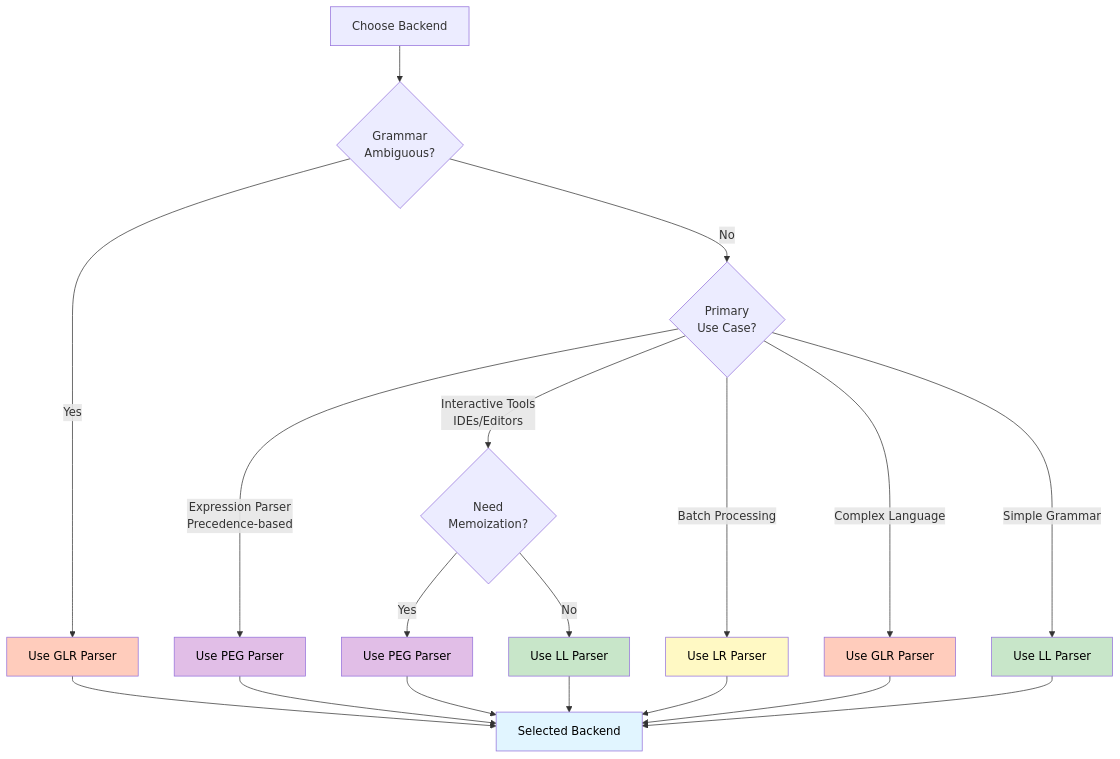
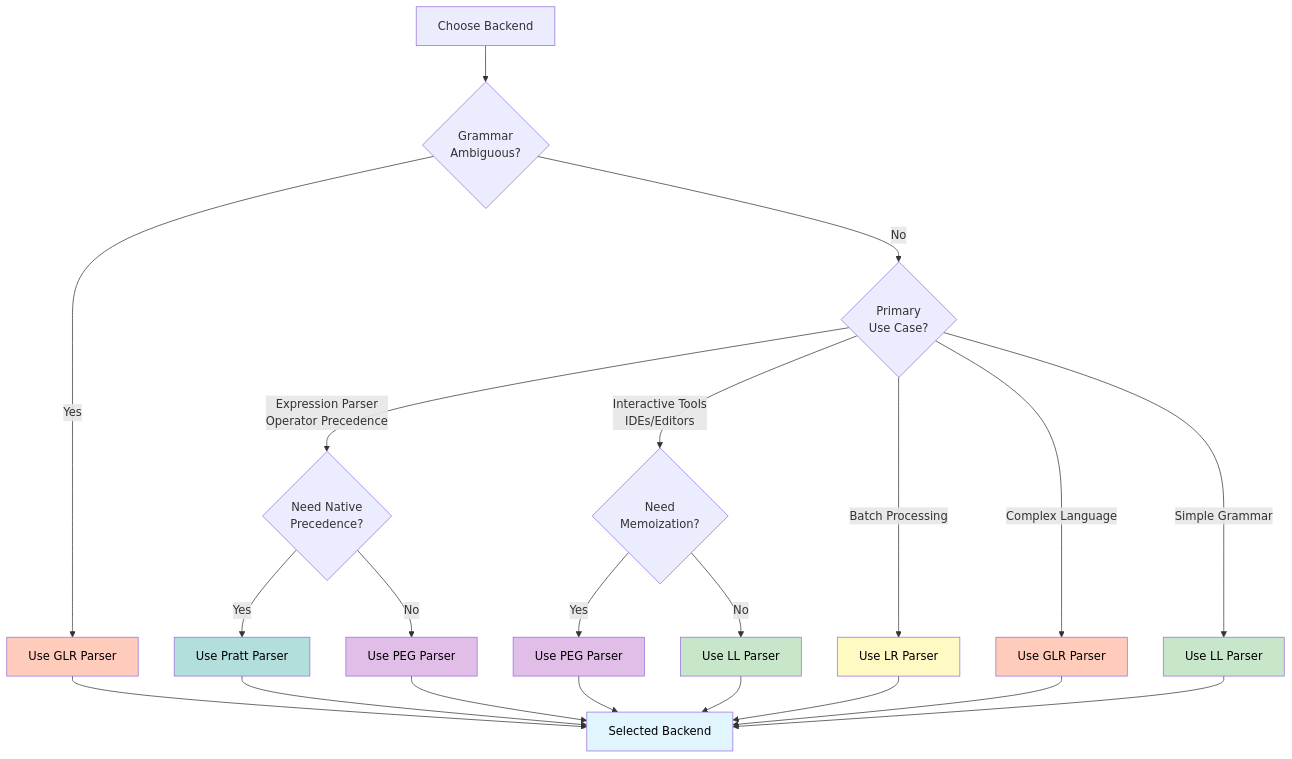
One commit to sipha-parser/sipha changed the diagram in doc/src/backends/choosing.md. Above: the diagram before and after it, drawn with Mermaid. The commit also changed other lines of this file and 76 other files, not shown here.

First line of the commit message:
feat: add grammar transformation architecture with backend-specific grammars and optimization

````diff
--- a/doc/src/backends/choosing.md
+++ b/doc/src/backends/choosing.md
@@ -20,32 +21,37 @@
 ```mermaid
 flowchart TD
     Start[Choose Backend] --> Ambiguous{Grammar<br/>Ambiguous?}
     Ambiguous -->|Yes| GLR[Use GLR Parser]
     Ambiguous -->|No| UseCase{Primary<br/>Use Case?}
     
-    UseCase -->|Expression Parser<br/>Precedence-based| PEG1[Use PEG Parser]
+    UseCase -->|Expression Parser<br/>Operator Precedence| Expression{Need Native<br/>Precedence?}
     UseCase -->|Interactive Tools<br/>IDEs/Editors| Interactive{Need<br/>Memoization?}
     UseCase -->|Batch Processing| LR[Use LR Parser]
     UseCase -->|Complex Language| GLR2[Use GLR Parser]
     UseCase -->|Simple Grammar| LL[Use LL Parser]
+    
+    Expression -->|Yes| Pratt[Use Pratt Parser]
+    Expression -->|No| PEG1[Use PEG Parser]
     
     Interactive -->|Yes| PEG2[Use PEG Parser]
     Interactive -->|No| LL2[Use LL Parser]
     
     GLR --> End[Selected Backend]
     GLR2 --> End
     LR --> End
     LL --> End
     LL2 --> End
     PEG1 --> End
     PEG2 --> End
+    Pratt --> End
     
     style GLR fill:#ffccbc,color:#000000
     style GLR2 fill:#ffccbc,color:#000000
     style LR fill:#fff9c4,color:#000000
     style LL fill:#c8e6c9,color:#000000
     style LL2 fill:#c8e6c9,color:#000000
     style PEG1 fill:#e1bee7,color:#000000
     style PEG2 fill:#e1bee7,color:#000000
+    style Pratt fill:#b2dfdb,color:#000000
     style End fill:#e1f5ff,color:#000000
 ```
````
